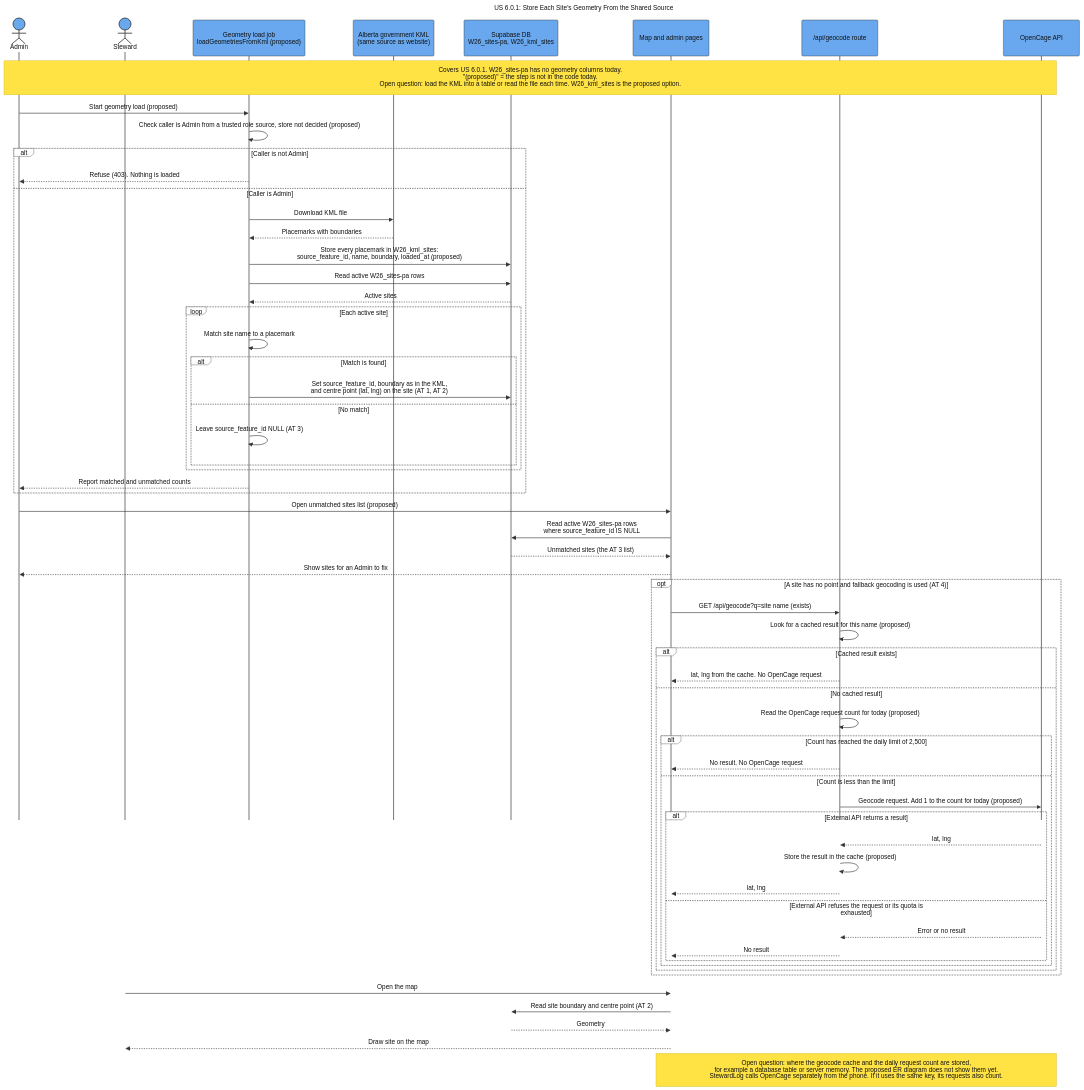
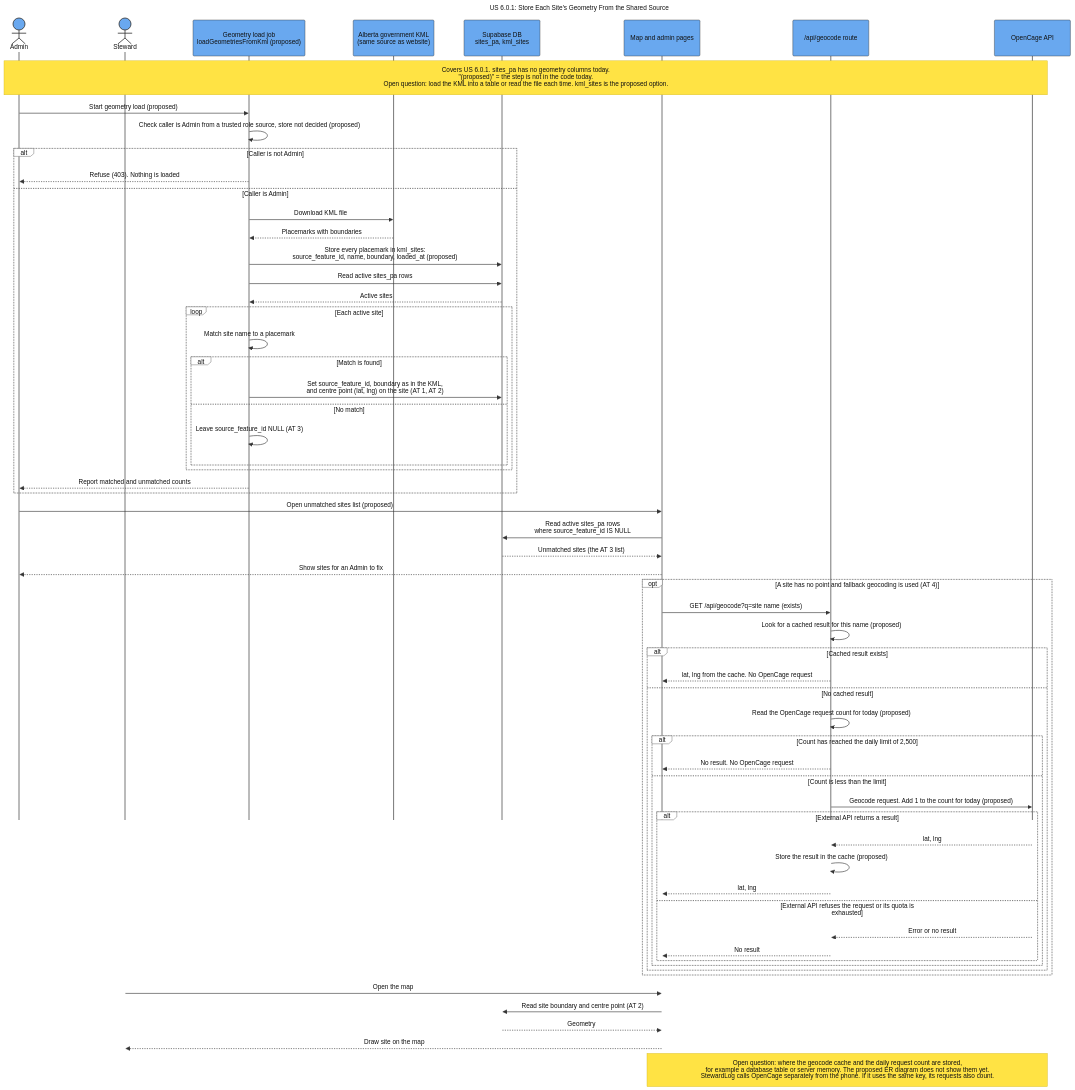
Before and after one commit to SAPAA-Dev/W26Project-SAPAA-Dev-Team: the diagram in docs/assets/Sequence_US_6_0_1_Site_Geometry_Load.mmd, drawn with Mermaid. The commit also changed 88 other files, not shown here.

```diff
--- a/docs/assets/Sequence_US_6_0_1_Site_Geometry_Load.mmd
+++ b/docs/assets/Sequence_US_6_0_1_Site_Geometry_Load.mmd
@@ -1,108 +1,108 @@
 ---
 title: "US 6.0.1: Store Each Site's Geometry From the Shared Source"
 config:
   theme: base
   sequence:
     actorMargin: 75
     boxMargin: 12
     diagramMarginX: 45
     diagramMarginY: 30
     messageMargin: 40
     noteMargin: 16
     mirrorActors: false
     width: 190
     height: 90
   themeVariables:
     background: "#ffffff"
     primaryColor: "#69a8ef"
     primaryBorderColor: "#333333"
     primaryTextColor: "#111111"
     actorBkg: "#69a8ef"
     actorBorder: "#333333"
     actorTextColor: "#111111"
     actorLineColor: "#555555"
     signalColor: "#333333"
     signalTextColor: "#111111"
     activationBkgColor: "#cdd3db"
     activationBorderColor: "#cdd3db"
     noteBkgColor: "#ffe344"
     noteBorderColor: "#d4ba24"
     noteTextColor: "#111111"
     labelBoxBkgColor: "#ffffff"
     labelBoxBorderColor: "#555555"
     labelTextColor: "#111111"
     loopTextColor: "#111111"
     altBackground: "#ffffff"
   themeCSS: |
     .actor-line {
       stroke-dasharray: 10 10 !important;
       stroke-width: 1.25px !important;
     }
 ---
 sequenceDiagram
     autonumber off
     actor Admin
     actor Steward
     participant Loader as Geometry load job<br/>loadGeometriesFromKml (proposed)
     participant KML as Alberta government KML<br/>(same source as website)
-    participant DB as Supabase DB<br/>W26_sites-pa, W26_kml_sites
+    participant DB as Supabase DB<br/>sites_pa, kml_sites
     participant Pages as Map and admin pages
     participant Geo as /api/geocode route
     participant OC as OpenCage API
 
-    Note over Admin,OC: Covers US 6.0.1. W26_sites-pa has no geometry columns today.<br/>"(proposed)" = the step is not in the code today.<br/>Open question: load the KML into a table or read the file each time. W26_kml_sites is the proposed option.
+    Note over Admin,OC: Covers US 6.0.1. sites_pa has no geometry columns today.<br/>"(proposed)" = the step is not in the code today.<br/>Open question: load the KML into a table or read the file each time. kml_sites is the proposed option.
 
     Admin->>Loader: Start geometry load (proposed)
     Loader->>Loader: Check caller is Admin from a trusted role source, store not decided (proposed)
     alt Caller is not Admin
         Loader-->>Admin: Refuse (403). Nothing is loaded
     else Caller is Admin
         Loader->>KML: Download KML file
         KML-->>Loader: Placemarks with boundaries
-        Loader->>DB: Store every placemark in W26_kml_sites:<br/>source_feature_id, name, boundary, loaded_at (proposed)
-        Loader->>DB: Read active W26_sites-pa rows
+        Loader->>DB: Store every placemark in kml_sites:<br/>source_feature_id, name, boundary, loaded_at (proposed)
+        Loader->>DB: Read active sites_pa rows
         DB-->>Loader: Active sites
         loop Each active site
             Loader->>Loader: Match site name to a placemark
             alt Match is found
                 Loader->>DB: Set source_feature_id, boundary as in the KML,<br/>and centre point (lat, lng) on the site (AT 1, AT 2)
             else No match
                 Loader->>Loader: Leave source_feature_id NULL (AT 3)
             end
         end
         Loader-->>Admin: Report matched and unmatched counts
     end
     Admin->>Pages: Open unmatched sites list (proposed)
-    Pages->>DB: Read active W26_sites-pa rows<br/>where source_feature_id IS NULL
+    Pages->>DB: Read active sites_pa rows<br/>where source_feature_id IS NULL
     DB-->>Pages: Unmatched sites (the AT 3 list)
     Pages-->>Admin: Show sites for an Admin to fix
 
     opt A site has no point and fallback geocoding is used (AT 4)
         Pages->>Geo: GET /api/geocode?q=site name (exists)
         Geo->>Geo: Look for a cached result for this name (proposed)
         alt Cached result exists
             Geo-->>Pages: lat, lng from the cache. No OpenCage request
         else No cached result
             Geo->>Geo: Read the OpenCage request count for today (proposed)
             alt Count has reached the daily limit of 2,500
                 Geo-->>Pages: No result. No OpenCage request
             else Count is less than the limit
                 Geo->>OC: Geocode request. Add 1 to the count for today (proposed)
                 alt External API returns a result
                     OC-->>Geo: lat, lng
                     Geo->>Geo: Store the result in the cache (proposed)
                     Geo-->>Pages: lat, lng
                 else External API refuses the request or its quota is exhausted
                     OC-->>Geo: Error or no result
                     Geo-->>Pages: No result
                 end
             end
         end
     end
 
     Steward->>Pages: Open the map
     Pages->>DB: Read site boundary and centre point (AT 2)
     DB-->>Pages: Geometry
     Pages-->>Steward: Draw site on the map
 
     Note over Pages,OC: Open question: where the geocode cache and the daily request count are stored,<br/>for example a database table or server memory. The proposed ER diagram does not show them yet.<br/>StewardLog calls OpenCage separately from the phone. If it uses the same key, its requests also count.
```
